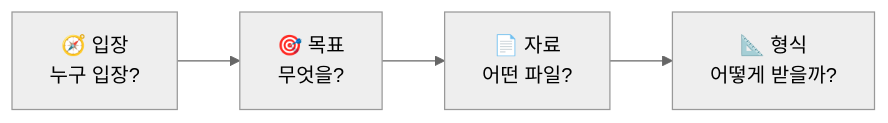
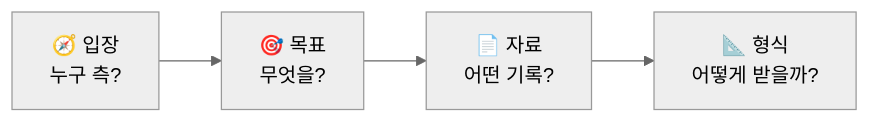
Before and after one commit to gyuber/claude-basics: the diagram in 기초/04-일-시키기.md, drawn with Mermaid (neutral theme). The commit also changed other lines of this file and 32 other files, not shown here.

````diff
--- a/기초/04-일-시키기.md
+++ b/기초/04-일-시키기.md
@@ -4,4 +6,4 @@
 ```mermaid
 flowchart LR
-  A["🧭 입장<br/>누구 입장?"] --> B["🎯 목표<br/>무엇을?"] --> C["📄 자료<br/>어떤 파일?"] --> D["📐 형식<br/>어떻게 받을까?"]
+  A["🧭 입장<br/>누구 측?"] --> B["🎯 목표<br/>무엇을?"] --> C["📄 자료<br/>어떤 기록?"] --> D["📐 형식<br/>어떻게 받을까?"]
 ```
````
